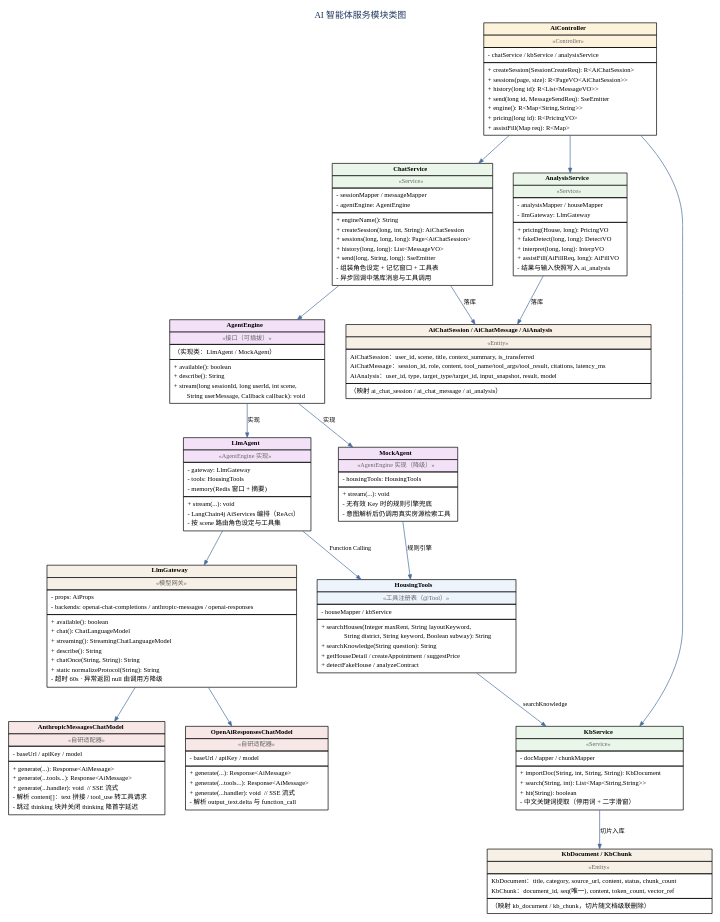
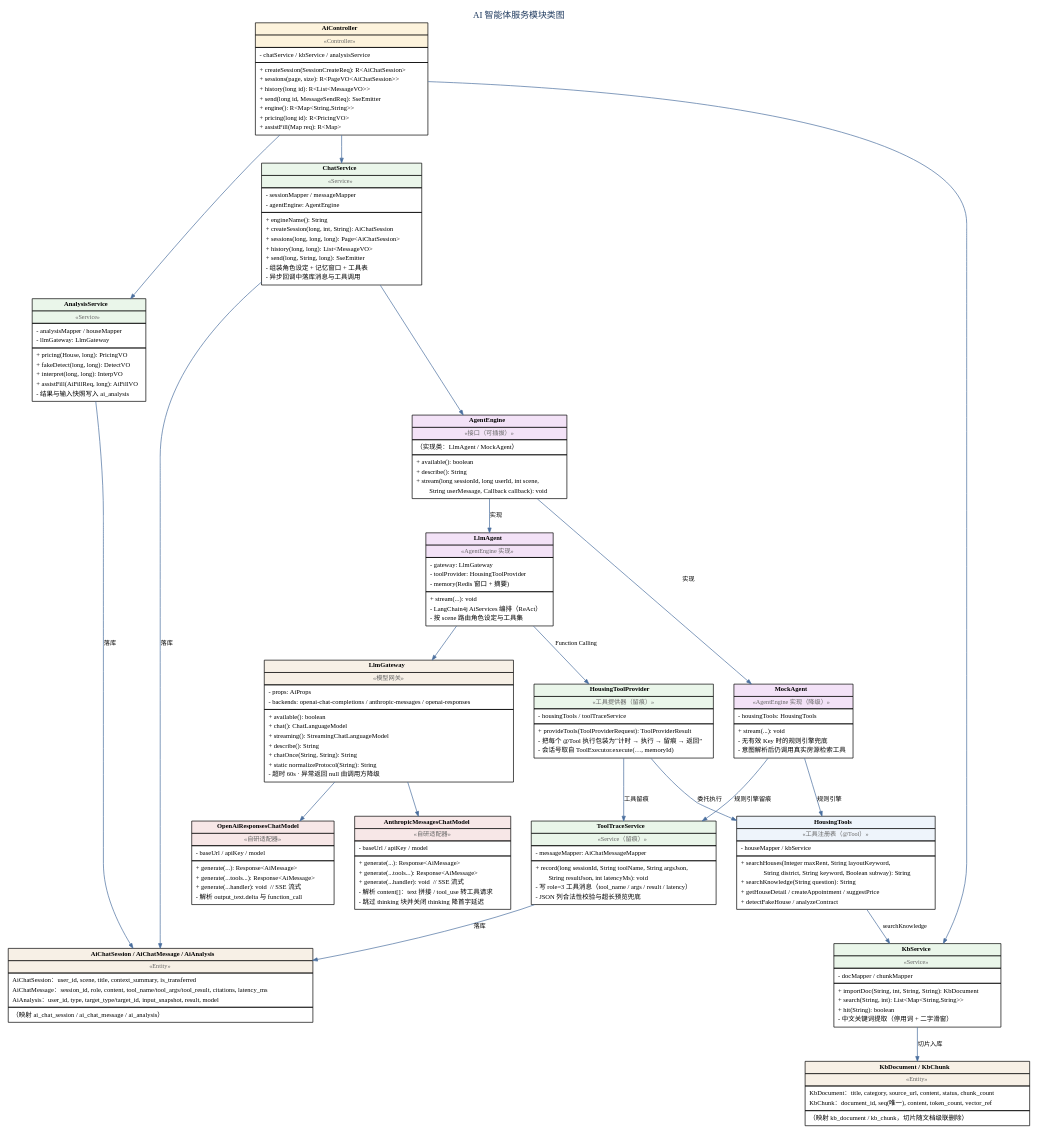
Before and after one commit to chuanshanjia666/RentAgent: the diagram in doc/03.概要设计/assets/figures/fig_3_1_cls_ai.dot, drawn with Graphviz. The commit also changed 32 other files, not shown here.

Commit message:
feat:添加管理员后台视图

```diff
--- a/doc/03.概要设计/assets/figures/fig_3_1_cls_ai.dot
+++ b/doc/03.概要设计/assets/figures/fig_3_1_cls_ai.dot
@@ -10,14 +10,16 @@
   n2 [shape=plaintext, label=<<TABLE BORDER="0" CELLBORDER="1" CELLSPACING="0" CELLPADDING="3"><TR><TD BGCOLOR="#eaf6ea"><B>KbService</B></TD></TR><TR><TD BGCOLOR="#eaf6ea"><FONT POINT-SIZE="9" COLOR="#666666">&#171;Service&#187;</FONT></TD></TR><TR><TD ALIGN="LEFT" BALIGN="LEFT"><TABLE BORDER="0" CELLBORDER="0" CELLSPACING="0"><TR><TD ALIGN="LEFT" BALIGN="LEFT">- docMapper / chunkMapper</TD></TR></TABLE></TD></TR><TR><TD ALIGN="LEFT" BALIGN="LEFT"><TABLE BORDER="0" CELLBORDER="0" CELLSPACING="0"><TR><TD ALIGN="LEFT" BALIGN="LEFT">+ importDoc(String, int, String, String): KbDocument</TD></TR><TR><TD ALIGN="LEFT" BALIGN="LEFT">+ search(String, int): List&lt;Map&lt;String,String&gt;&gt;</TD></TR><TR><TD ALIGN="LEFT" BALIGN="LEFT">+ hit(String): boolean</TD></TR><TR><TD ALIGN="LEFT" BALIGN="LEFT">- 中文关键词提取（停用词 + 二字滑窗）</TD></TR></TABLE></TD></TR></TABLE>>];
   n3 [shape=plaintext, label=<<TABLE BORDER="0" CELLBORDER="1" CELLSPACING="0" CELLPADDING="3"><TR><TD BGCOLOR="#eaf6ea"><B>AnalysisService</B></TD></TR><TR><TD BGCOLOR="#eaf6ea"><FONT POINT-SIZE="9" COLOR="#666666">&#171;Service&#187;</FONT></TD></TR><TR><TD ALIGN="LEFT" BALIGN="LEFT"><TABLE BORDER="0" CELLBORDER="0" CELLSPACING="0"><TR><TD ALIGN="LEFT" BALIGN="LEFT">- analysisMapper / houseMapper</TD></TR><TR><TD ALIGN="LEFT" BALIGN="LEFT">- llmGateway: LlmGateway</TD></TR></TABLE></TD></TR><TR><TD ALIGN="LEFT" BALIGN="LEFT"><TABLE BORDER="0" CELLBORDER="0" CELLSPACING="0"><TR><TD ALIGN="LEFT" BALIGN="LEFT">+ pricing(House, long): PricingVO</TD></TR><TR><TD ALIGN="LEFT" BALIGN="LEFT">+ fakeDetect(long, long): DetectVO</TD></TR><TR><TD ALIGN="LEFT" BALIGN="LEFT">+ interpret(long, long): InterpVO</TD></TR><TR><TD ALIGN="LEFT" BALIGN="LEFT">+ assistFill(AiFillReq, long): AiFillVO</TD></TR><TR><TD ALIGN="LEFT" BALIGN="LEFT">- 结果与输入快照写入 ai_analysis</TD></TR></TABLE></TD></TR></TABLE>>];
   n4 [shape=plaintext, label=<<TABLE BORDER="0" CELLBORDER="1" CELLSPACING="0" CELLPADDING="3"><TR><TD BGCOLOR="#f3e2f7"><B>AgentEngine</B></TD></TR><TR><TD BGCOLOR="#f3e2f7"><FONT POINT-SIZE="9" COLOR="#666666">&#171;接口（可插拔）&#187;</FONT></TD></TR><TR><TD ALIGN="LEFT" BALIGN="LEFT"><TABLE BORDER="0" CELLBORDER="0" CELLSPACING="0"><TR><TD ALIGN="LEFT" BALIGN="LEFT">（实现类：LlmAgent / MockAgent）</TD></TR></TABLE></TD></TR><TR><TD ALIGN="LEFT" BALIGN="LEFT"><TABLE BORDER="0" CELLBORDER="0" CELLSPACING="0"><TR><TD ALIGN="LEFT" BALIGN="LEFT">+ available(): boolean</TD></TR><TR><TD ALIGN="LEFT" BALIGN="LEFT">+ describe(): String</TD></TR><TR><TD ALIGN="LEFT" BALIGN="LEFT">+ stream(long sessionId, long userId, int scene,</TD></TR><TR><TD ALIGN="LEFT" BALIGN="LEFT">         String userMessage, Callback callback): void</TD></TR></TABLE></TD></TR></TABLE>>];
-  n5 [shape=plaintext, label=<<TABLE BORDER="0" CELLBORDER="1" CELLSPACING="0" CELLPADDING="3"><TR><TD BGCOLOR="#f3e2f7"><B>LlmAgent</B></TD></TR><TR><TD BGCOLOR="#f3e2f7"><FONT POINT-SIZE="9" COLOR="#666666">&#171;AgentEngine 实现&#187;</FONT></TD></TR><TR><TD ALIGN="LEFT" BALIGN="LEFT"><TABLE BORDER="0" CELLBORDER="0" CELLSPACING="0"><TR><TD ALIGN="LEFT" BALIGN="LEFT">- gateway: LlmGateway</TD></TR><TR><TD ALIGN="LEFT" BALIGN="LEFT">- tools: HousingTools</TD></TR><TR><TD ALIGN="LEFT" BALIGN="LEFT">- memory(Redis 窗口 + 摘要)</TD></TR></TABLE></TD></TR><TR><TD ALIGN="LEFT" BALIGN="LEFT"><TABLE BORDER="0" CELLBORDER="0" CELLSPACING="0"><TR><TD ALIGN="LEFT" BALIGN="LEFT">+ stream(...): void</TD></TR><TR><TD ALIGN="LEFT" BALIGN="LEFT">- LangChain4j AiServices 编排（ReAct）</TD></TR><TR><TD ALIGN="LEFT" BALIGN="LEFT">- 按 scene 路由角色设定与工具集</TD></TR></TABLE></TD></TR></TABLE>>];
+  n5 [shape=plaintext, label=<<TABLE BORDER="0" CELLBORDER="1" CELLSPACING="0" CELLPADDING="3"><TR><TD BGCOLOR="#f3e2f7"><B>LlmAgent</B></TD></TR><TR><TD BGCOLOR="#f3e2f7"><FONT POINT-SIZE="9" COLOR="#666666">&#171;AgentEngine 实现&#187;</FONT></TD></TR><TR><TD ALIGN="LEFT" BALIGN="LEFT"><TABLE BORDER="0" CELLBORDER="0" CELLSPACING="0"><TR><TD ALIGN="LEFT" BALIGN="LEFT">- gateway: LlmGateway</TD></TR><TR><TD ALIGN="LEFT" BALIGN="LEFT">- toolProvider: HousingToolProvider</TD></TR><TR><TD ALIGN="LEFT" BALIGN="LEFT">- memory(Redis 窗口 + 摘要)</TD></TR></TABLE></TD></TR><TR><TD ALIGN="LEFT" BALIGN="LEFT"><TABLE BORDER="0" CELLBORDER="0" CELLSPACING="0"><TR><TD ALIGN="LEFT" BALIGN="LEFT">+ stream(...): void</TD></TR><TR><TD ALIGN="LEFT" BALIGN="LEFT">- LangChain4j AiServices 编排（ReAct）</TD></TR><TR><TD ALIGN="LEFT" BALIGN="LEFT">- 按 scene 路由角色设定与工具集</TD></TR></TABLE></TD></TR></TABLE>>];
   n6 [shape=plaintext, label=<<TABLE BORDER="0" CELLBORDER="1" CELLSPACING="0" CELLPADDING="3"><TR><TD BGCOLOR="#f3e2f7"><B>MockAgent</B></TD></TR><TR><TD BGCOLOR="#f3e2f7"><FONT POINT-SIZE="9" COLOR="#666666">&#171;AgentEngine 实现（降级）&#187;</FONT></TD></TR><TR><TD ALIGN="LEFT" BALIGN="LEFT"><TABLE BORDER="0" CELLBORDER="0" CELLSPACING="0"><TR><TD ALIGN="LEFT" BALIGN="LEFT">- housingTools: HousingTools</TD></TR></TABLE></TD></TR><TR><TD ALIGN="LEFT" BALIGN="LEFT"><TABLE BORDER="0" CELLBORDER="0" CELLSPACING="0"><TR><TD ALIGN="LEFT" BALIGN="LEFT">+ stream(...): void</TD></TR><TR><TD ALIGN="LEFT" BALIGN="LEFT">- 无有效 Key 时的规则引擎兜底</TD></TR><TR><TD ALIGN="LEFT" BALIGN="LEFT">- 意图解析后仍调用真实房源检索工具</TD></TR></TABLE></TD></TR></TABLE>>];
   n7 [shape=plaintext, label=<<TABLE BORDER="0" CELLBORDER="1" CELLSPACING="0" CELLPADDING="3"><TR><TD BGCOLOR="#f7f0e6"><B>LlmGateway</B></TD></TR><TR><TD BGCOLOR="#f7f0e6"><FONT POINT-SIZE="9" COLOR="#666666">&#171;模型网关&#187;</FONT></TD></TR><TR><TD ALIGN="LEFT" BALIGN="LEFT"><TABLE BORDER="0" CELLBORDER="0" CELLSPACING="0"><TR><TD ALIGN="LEFT" BALIGN="LEFT">- props: AiProps</TD></TR><TR><TD ALIGN="LEFT" BALIGN="LEFT">- backends: openai-chat-completions / anthropic-messages / openai-responses</TD></TR></TABLE></TD></TR><TR><TD ALIGN="LEFT" BALIGN="LEFT"><TABLE BORDER="0" CELLBORDER="0" CELLSPACING="0"><TR><TD ALIGN="LEFT" BALIGN="LEFT">+ available(): boolean</TD></TR><TR><TD ALIGN="LEFT" BALIGN="LEFT">+ chat(): ChatLanguageModel</TD></TR><TR><TD ALIGN="LEFT" BALIGN="LEFT">+ streaming(): StreamingChatLanguageModel</TD></TR><TR><TD ALIGN="LEFT" BALIGN="LEFT">+ describe(): String</TD></TR><TR><TD ALIGN="LEFT" BALIGN="LEFT">+ chatOnce(String, String): String</TD></TR><TR><TD ALIGN="LEFT" BALIGN="LEFT">+ static normalizeProtocol(String): String</TD></TR><TR><TD ALIGN="LEFT" BALIGN="LEFT">- 超时 60s · 异常返回 null 由调用方降级</TD></TR></TABLE></TD></TR></TABLE>>];
   n8 [shape=plaintext, label=<<TABLE BORDER="0" CELLBORDER="1" CELLSPACING="0" CELLPADDING="3"><TR><TD BGCOLOR="#f7e7e7"><B>AnthropicMessagesChatModel</B></TD></TR><TR><TD BGCOLOR="#f7e7e7"><FONT POINT-SIZE="9" COLOR="#666666">&#171;自研适配器&#187;</FONT></TD></TR><TR><TD ALIGN="LEFT" BALIGN="LEFT"><TABLE BORDER="0" CELLBORDER="0" CELLSPACING="0"><TR><TD ALIGN="LEFT" BALIGN="LEFT">- baseUrl / apiKey / model</TD></TR></TABLE></TD></TR><TR><TD ALIGN="LEFT" BALIGN="LEFT"><TABLE BORDER="0" CELLBORDER="0" CELLSPACING="0"><TR><TD ALIGN="LEFT" BALIGN="LEFT">+ generate(...): Response&lt;AiMessage&gt;</TD></TR><TR><TD ALIGN="LEFT" BALIGN="LEFT">+ generate(...tools...): Response&lt;AiMessage&gt;</TD></TR><TR><TD ALIGN="LEFT" BALIGN="LEFT">+ generate(...handler): void  // SSE 流式</TD></TR><TR><TD ALIGN="LEFT" BALIGN="LEFT">- 解析 content[]：text 拼接 / tool_use 转工具请求</TD></TR><TR><TD ALIGN="LEFT" BALIGN="LEFT">- 跳过 thinking 块并关闭 thinking 降首字延迟</TD></TR></TABLE></TD></TR></TABLE>>];
   n9 [shape=plaintext, label=<<TABLE BORDER="0" CELLBORDER="1" CELLSPACING="0" CELLPADDING="3"><TR><TD BGCOLOR="#f7e7e7"><B>OpenAiResponsesChatModel</B></TD></TR><TR><TD BGCOLOR="#f7e7e7"><FONT POINT-SIZE="9" COLOR="#666666">&#171;自研适配器&#187;</FONT></TD></TR><TR><TD ALIGN="LEFT" BALIGN="LEFT"><TABLE BORDER="0" CELLBORDER="0" CELLSPACING="0"><TR><TD ALIGN="LEFT" BALIGN="LEFT">- baseUrl / apiKey / model</TD></TR></TABLE></TD></TR><TR><TD ALIGN="LEFT" BALIGN="LEFT"><TABLE BORDER="0" CELLBORDER="0" CELLSPACING="0"><TR><TD ALIGN="LEFT" BALIGN="LEFT">+ generate(...): Response&lt;AiMessage&gt;</TD></TR><TR><TD ALIGN="LEFT" BALIGN="LEFT">+ generate(...tools...): Response&lt;AiMessage&gt;</TD></TR><TR><TD ALIGN="LEFT" BALIGN="LEFT">+ generate(...handler): void  // SSE 流式</TD></TR><TR><TD ALIGN="LEFT" BALIGN="LEFT">- 解析 output_text.delta 与 function_call</TD></TR></TABLE></TD></TR></TABLE>>];
-  n10 [shape=plaintext, label=<<TABLE BORDER="0" CELLBORDER="1" CELLSPACING="0" CELLPADDING="3"><TR><TD BGCOLOR="#eef4fb"><B>HousingTools</B></TD></TR><TR><TD BGCOLOR="#eef4fb"><FONT POINT-SIZE="9" COLOR="#666666">&#171;工具注册表（@Tool）&#187;</FONT></TD></TR><TR><TD ALIGN="LEFT" BALIGN="LEFT"><TABLE BORDER="0" CELLBORDER="0" CELLSPACING="0"><TR><TD ALIGN="LEFT" BALIGN="LEFT">- houseMapper / kbService</TD></TR></TABLE></TD></TR><TR><TD ALIGN="LEFT" BALIGN="LEFT"><TABLE BORDER="0" CELLBORDER="0" CELLSPACING="0"><TR><TD ALIGN="LEFT" BALIGN="LEFT">+ searchHouses(Integer maxRent, String layoutKeyword,</TD></TR><TR><TD ALIGN="LEFT" BALIGN="LEFT">               String district, String keyword, Boolean subway): String</TD></TR><TR><TD ALIGN="LEFT" BALIGN="LEFT">+ searchKnowledge(String question): String</TD></TR><TR><TD ALIGN="LEFT" BALIGN="LEFT">+ getHouseDetail / createAppointment / suggestPrice</TD></TR><TR><TD ALIGN="LEFT" BALIGN="LEFT">+ detectFakeHouse / analyzeContract</TD></TR></TABLE></TD></TR></TABLE>>];
-  n11 [shape=plaintext, label=<<TABLE BORDER="0" CELLBORDER="1" CELLSPACING="0" CELLPADDING="3"><TR><TD BGCOLOR="#f7f0e6"><B>AiChatSession / AiChatMessage / AiAnalysis</B></TD></TR><TR><TD BGCOLOR="#f7f0e6"><FONT POINT-SIZE="9" COLOR="#666666">&#171;Entity&#187;</FONT></TD></TR><TR><TD ALIGN="LEFT" BALIGN="LEFT"><TABLE BORDER="0" CELLBORDER="0" CELLSPACING="0"><TR><TD ALIGN="LEFT" BALIGN="LEFT">AiChatSession：user_id, scene, title, context_summary, is_transferred</TD></TR><TR><TD ALIGN="LEFT" BALIGN="LEFT">AiChatMessage：session_id, role, content, tool_name/tool_args/tool_result, citations, latency_ms</TD></TR><TR><TD ALIGN="LEFT" BALIGN="LEFT">AiAnalysis：user_id, type, target_type/target_id, input_snapshot, result, model</TD></TR></TABLE></TD></TR><TR><TD ALIGN="LEFT" BALIGN="LEFT"><TABLE BORDER="0" CELLBORDER="0" CELLSPACING="0"><TR><TD ALIGN="LEFT" BALIGN="LEFT">（映射 ai_chat_session / ai_chat_message / ai_analysis）</TD></TR></TABLE></TD></TR></TABLE>>];
-  n12 [shape=plaintext, label=<<TABLE BORDER="0" CELLBORDER="1" CELLSPACING="0" CELLPADDING="3"><TR><TD BGCOLOR="#f7f0e6"><B>KbDocument / KbChunk</B></TD></TR><TR><TD BGCOLOR="#f7f0e6"><FONT POINT-SIZE="9" COLOR="#666666">&#171;Entity&#187;</FONT></TD></TR><TR><TD ALIGN="LEFT" BALIGN="LEFT"><TABLE BORDER="0" CELLBORDER="0" CELLSPACING="0"><TR><TD ALIGN="LEFT" BALIGN="LEFT">KbDocument：title, category, source_url, content, status, chunk_count</TD></TR><TR><TD ALIGN="LEFT" BALIGN="LEFT">KbChunk：document_id, seq(唯一), content, token_count, vector_ref</TD></TR></TABLE></TD></TR><TR><TD ALIGN="LEFT" BALIGN="LEFT"><TABLE BORDER="0" CELLBORDER="0" CELLSPACING="0"><TR><TD ALIGN="LEFT" BALIGN="LEFT">（映射 kb_document / kb_chunk，切片随文档级联删除）</TD></TR></TABLE></TD></TR></TABLE>>];
+  n10 [shape=plaintext, label=<<TABLE BORDER="0" CELLBORDER="1" CELLSPACING="0" CELLPADDING="3"><TR><TD BGCOLOR="#eaf6ea"><B>HousingToolProvider</B></TD></TR><TR><TD BGCOLOR="#eaf6ea"><FONT POINT-SIZE="9" COLOR="#666666">&#171;工具提供器（留痕）&#187;</FONT></TD></TR><TR><TD ALIGN="LEFT" BALIGN="LEFT"><TABLE BORDER="0" CELLBORDER="0" CELLSPACING="0"><TR><TD ALIGN="LEFT" BALIGN="LEFT">- housingTools / toolTraceService</TD></TR></TABLE></TD></TR><TR><TD ALIGN="LEFT" BALIGN="LEFT"><TABLE BORDER="0" CELLBORDER="0" CELLSPACING="0"><TR><TD ALIGN="LEFT" BALIGN="LEFT">+ provideTools(ToolProviderRequest): ToolProviderResult</TD></TR><TR><TD ALIGN="LEFT" BALIGN="LEFT">- 把每个 @Tool 执行包装为“计时 → 执行 → 留痕 → 返回”</TD></TR><TR><TD ALIGN="LEFT" BALIGN="LEFT">- 会话号取自 ToolExecutor.execute(…, memoryId)</TD></TR></TABLE></TD></TR></TABLE>>];
+  n11 [shape=plaintext, label=<<TABLE BORDER="0" CELLBORDER="1" CELLSPACING="0" CELLPADDING="3"><TR><TD BGCOLOR="#eaf6ea"><B>ToolTraceService</B></TD></TR><TR><TD BGCOLOR="#eaf6ea"><FONT POINT-SIZE="9" COLOR="#666666">&#171;Service（留痕）&#187;</FONT></TD></TR><TR><TD ALIGN="LEFT" BALIGN="LEFT"><TABLE BORDER="0" CELLBORDER="0" CELLSPACING="0"><TR><TD ALIGN="LEFT" BALIGN="LEFT">- messageMapper: AiChatMessageMapper</TD></TR></TABLE></TD></TR><TR><TD ALIGN="LEFT" BALIGN="LEFT"><TABLE BORDER="0" CELLBORDER="0" CELLSPACING="0"><TR><TD ALIGN="LEFT" BALIGN="LEFT">+ record(long sessionId, String toolName, String argsJson,</TD></TR><TR><TD ALIGN="LEFT" BALIGN="LEFT">         String resultJson, int latencyMs): void</TD></TR><TR><TD ALIGN="LEFT" BALIGN="LEFT">- 写 role=3 工具消息（tool_name / args / result / latency）</TD></TR><TR><TD ALIGN="LEFT" BALIGN="LEFT">- JSON 列合法性校验与超长预览兜底</TD></TR></TABLE></TD></TR></TABLE>>];
+  n12 [shape=plaintext, label=<<TABLE BORDER="0" CELLBORDER="1" CELLSPACING="0" CELLPADDING="3"><TR><TD BGCOLOR="#eef4fb"><B>HousingTools</B></TD></TR><TR><TD BGCOLOR="#eef4fb"><FONT POINT-SIZE="9" COLOR="#666666">&#171;工具注册表（@Tool）&#187;</FONT></TD></TR><TR><TD ALIGN="LEFT" BALIGN="LEFT"><TABLE BORDER="0" CELLBORDER="0" CELLSPACING="0"><TR><TD ALIGN="LEFT" BALIGN="LEFT">- houseMapper / kbService</TD></TR></TABLE></TD></TR><TR><TD ALIGN="LEFT" BALIGN="LEFT"><TABLE BORDER="0" CELLBORDER="0" CELLSPACING="0"><TR><TD ALIGN="LEFT" BALIGN="LEFT">+ searchHouses(Integer maxRent, String layoutKeyword,</TD></TR><TR><TD ALIGN="LEFT" BALIGN="LEFT">               String district, String keyword, Boolean subway): String</TD></TR><TR><TD ALIGN="LEFT" BALIGN="LEFT">+ searchKnowledge(String question): String</TD></TR><TR><TD ALIGN="LEFT" BALIGN="LEFT">+ getHouseDetail / createAppointment / suggestPrice</TD></TR><TR><TD ALIGN="LEFT" BALIGN="LEFT">+ detectFakeHouse / analyzeContract</TD></TR></TABLE></TD></TR></TABLE>>];
+  n13 [shape=plaintext, label=<<TABLE BORDER="0" CELLBORDER="1" CELLSPACING="0" CELLPADDING="3"><TR><TD BGCOLOR="#f7f0e6"><B>AiChatSession / AiChatMessage / AiAnalysis</B></TD></TR><TR><TD BGCOLOR="#f7f0e6"><FONT POINT-SIZE="9" COLOR="#666666">&#171;Entity&#187;</FONT></TD></TR><TR><TD ALIGN="LEFT" BALIGN="LEFT"><TABLE BORDER="0" CELLBORDER="0" CELLSPACING="0"><TR><TD ALIGN="LEFT" BALIGN="LEFT">AiChatSession：user_id, scene, title, context_summary, is_transferred</TD></TR><TR><TD ALIGN="LEFT" BALIGN="LEFT">AiChatMessage：session_id, role, content, tool_name/tool_args/tool_result, citations, latency_ms</TD></TR><TR><TD ALIGN="LEFT" BALIGN="LEFT">AiAnalysis：user_id, type, target_type/target_id, input_snapshot, result, model</TD></TR></TABLE></TD></TR><TR><TD ALIGN="LEFT" BALIGN="LEFT"><TABLE BORDER="0" CELLBORDER="0" CELLSPACING="0"><TR><TD ALIGN="LEFT" BALIGN="LEFT">（映射 ai_chat_session / ai_chat_message / ai_analysis）</TD></TR></TABLE></TD></TR></TABLE>>];
+  n14 [shape=plaintext, label=<<TABLE BORDER="0" CELLBORDER="1" CELLSPACING="0" CELLPADDING="3"><TR><TD BGCOLOR="#f7f0e6"><B>KbDocument / KbChunk</B></TD></TR><TR><TD BGCOLOR="#f7f0e6"><FONT POINT-SIZE="9" COLOR="#666666">&#171;Entity&#187;</FONT></TD></TR><TR><TD ALIGN="LEFT" BALIGN="LEFT"><TABLE BORDER="0" CELLBORDER="0" CELLSPACING="0"><TR><TD ALIGN="LEFT" BALIGN="LEFT">KbDocument：title, category, source_url, content, status, chunk_count</TD></TR><TR><TD ALIGN="LEFT" BALIGN="LEFT">KbChunk：document_id, seq(唯一), content, token_count, vector_ref</TD></TR></TABLE></TD></TR><TR><TD ALIGN="LEFT" BALIGN="LEFT"><TABLE BORDER="0" CELLBORDER="0" CELLSPACING="0"><TR><TD ALIGN="LEFT" BALIGN="LEFT">（映射 kb_document / kb_chunk，切片随文档级联删除）</TD></TR></TABLE></TD></TR></TABLE>>];
   n0 -> n1;
   n0 -> n2;
   n0 -> n3;
@@ -26,11 +28,15 @@
   n4 -> n6 [label="实现"];
   n5 -> n7;
   n5 -> n10 [label="Function Calling"];
-  n6 -> n10 [label="规则引擎"];
+  n10 -> n12 [label="委托执行"];
+  n10 -> n11 [label="工具留痕"];
+  n6 -> n12 [label="规则引擎"];
+  n6 -> n11 [label="规则引擎留痕"];
   n7 -> n8;
   n7 -> n9;
-  n10 -> n2 [label="searchKnowledge"];
-  n1 -> n11 [label="落库"];
-  n3 -> n11 [label="落库"];
-  n2 -> n12 [label="切片入库"];
+  n12 -> n2 [label="searchKnowledge"];
+  n1 -> n13 [label="落库"];
+  n3 -> n13 [label="落库"];
+  n2 -> n14 [label="切片入库"];
+  n11 -> n13 [label="落库"];
 }
```
